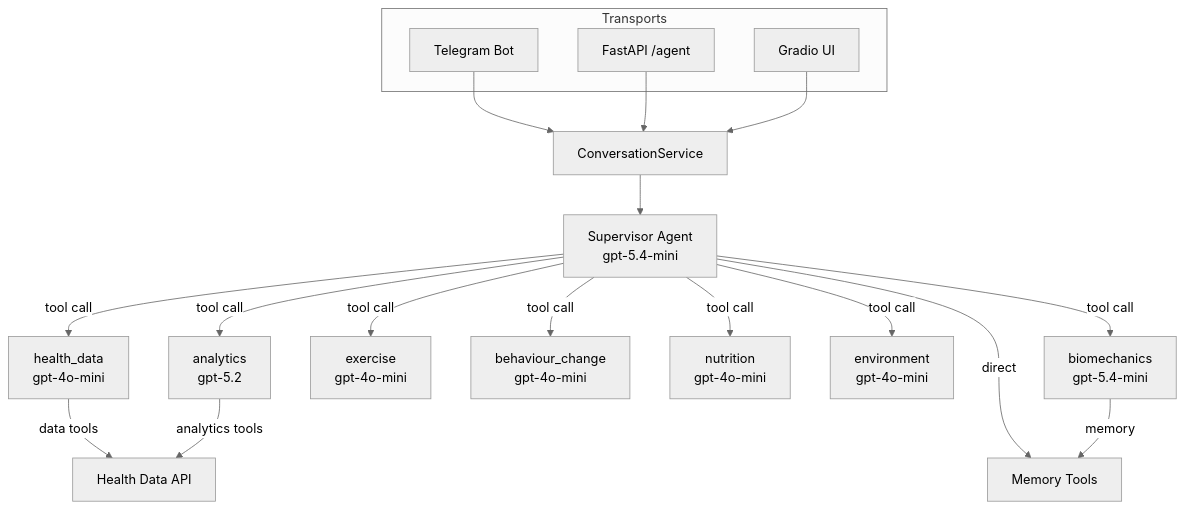
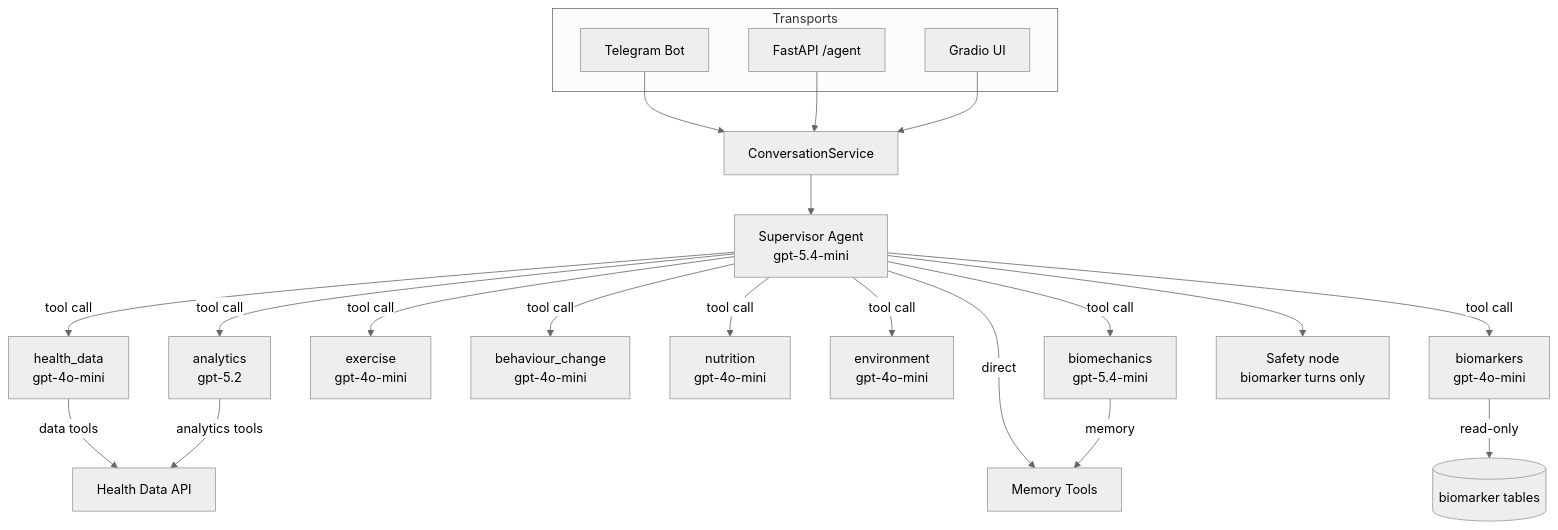
Before and after one commit to ald0405/whoop-data: the first of 2 diagrams in whoopdata/agent/README.md, drawn with Mermaid (neutral theme). The commit also changed other lines of this file and 5 other files, not shown here.

````diff
--- a/whoopdata/agent/README.md
+++ b/whoopdata/agent/README.md
@@ -10,27 +10,30 @@
 ```mermaid
 flowchart TD
     subgraph Transports
         TG[Telegram Bot]
         API[FastAPI /agent]
         GR[Gradio UI]
     end
 
     TG --> CS[ConversationService]
     API --> CS
     GR --> CS
 
     CS --> SUP[Supervisor Agent<br/>gpt-5.4-mini]
 
     SUP -->|tool call| HD[health_data<br/>gpt-4o-mini]
     SUP -->|tool call| AN[analytics<br/>gpt-5.2]
     SUP -->|tool call| EX[exercise<br/>gpt-4o-mini]
     SUP -->|tool call| BC[behaviour_change<br/>gpt-4o-mini]
     SUP -->|tool call| NU[nutrition<br/>gpt-4o-mini]
     SUP -->|tool call| EN[environment<br/>gpt-4o-mini]
     SUP -->|tool call| BM[biomechanics<br/>gpt-5.4-mini]
+    SUP -->|tool call| BIO[biomarkers<br/>gpt-4o-mini]
     SUP -->|direct| MEM[Memory Tools]
 
     HD -->|data tools| HAPI[Health Data API]
     AN -->|analytics tools| HAPI
     BM -->|memory| MEM
+    BIO -->|read-only| DB[(biomarker tables)]
+    SUP --> SAFE[Safety node<br/>biomarker turns only]
 ```
````
